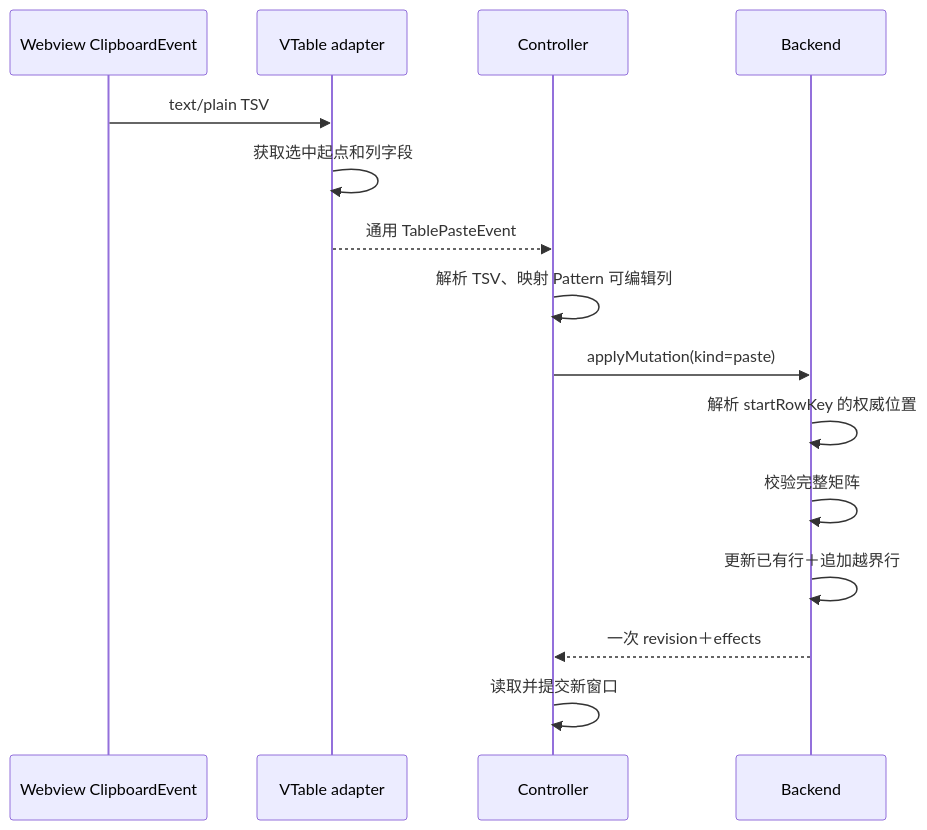
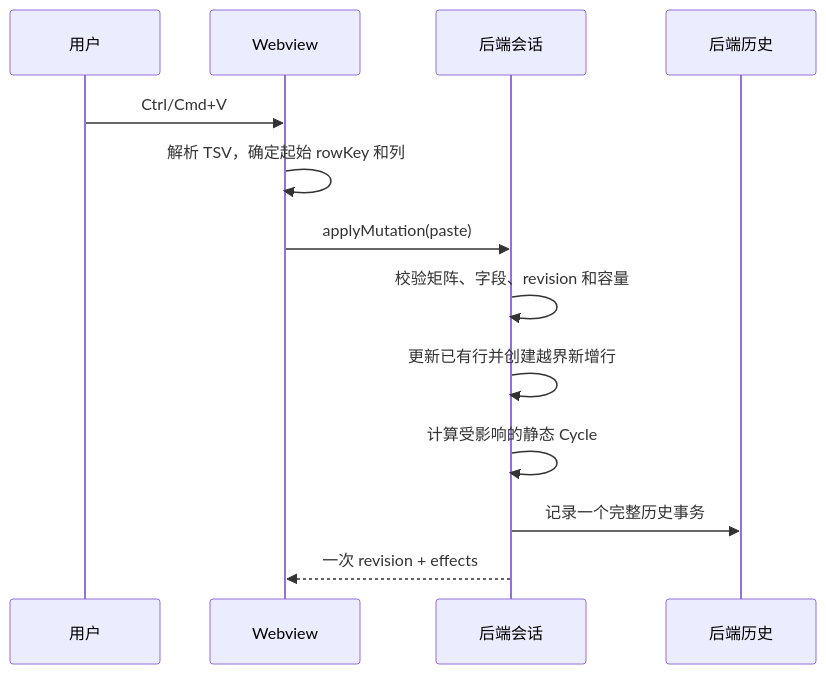
The fifth of 9 diagrams in docs/v22-lite-markdown-technical-solution.md (a306796405/huge-vtable), drawn with Mermaid before and after one commit. The commit also changed other lines of this file and 8 other files, not shown here.

Commit message:
docs: consolidate pattern backend and frontend guide

````diff
--- a/docs/v22-lite-markdown-technical-solution.md
+++ b/docs/v22-lite-markdown-technical-solution.md
@@ -547,18 +421,16 @@
 ```mermaid
 sequenceDiagram
-    participant DOM as Webview ClipboardEvent
-    participant A as VTable adapter
-    participant C as Controller
-    participant B as Backend
+    participant U as 用户
+    participant W as Webview
+    participant B as 后端会话
+    participant H as 后端历史
 
-    DOM->>A: text/plain TSV
-    A->>A: 获取选中起点和列字段
-    A-->>C: 通用 TablePasteEvent
-    C->>C: 解析 TSV、映射 Pattern 可编辑列
-    C->>B: applyMutation(kind=paste)
-    B->>B: 解析 startRowKey 的权威位置
-    B->>B: 校验完整矩阵
-    B->>B: 更新已有行＋追加越界行
-    B-->>C: 一次 revision＋effects
-    C->>C: 读取并提交新窗口
+    U->>W: Ctrl/Cmd+V
+    W->>W: 解析 TSV，确定起始 rowKey 和列
+    W->>B: applyMutation(paste)
+    B->>B: 校验矩阵、字段、revision 和容量
+    B->>B: 更新已有行并创建越界新增行
+    B->>B: 计算受影响的静态 Cycle
+    B->>H: 记录一个完整历史事务
+    B-->>W: 一次 revision + effects
 ```
````
